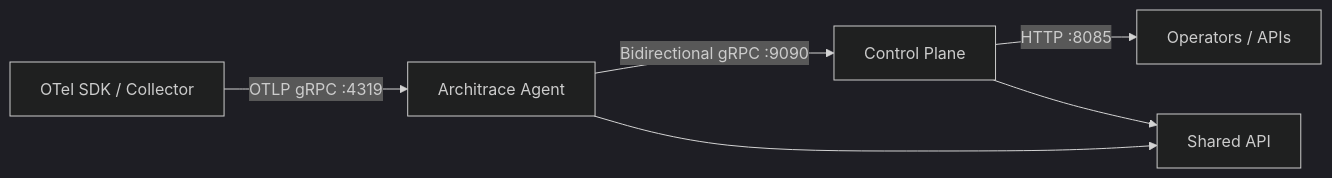
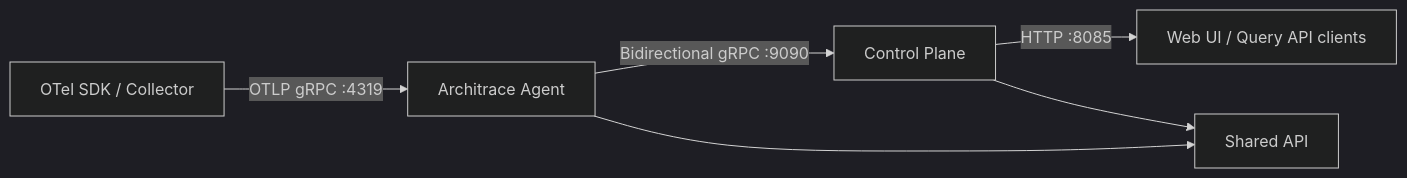
The diagram in README.md (Architrace-Intelligence/Architrace), drawn with Mermaid (dark theme) before and after one commit. The commit also changed other lines of this file and 45 other files, not shown here.

````diff
--- a/README.md
+++ b/README.md
@@ -70,8 +72,8 @@
 ```mermaid
 flowchart LR
   OTel[OTel SDK / Collector] -->|OTLP gRPC :4319| Agent[Architrace Agent]
   Agent -->|Bidirectional gRPC :9090| CP[Control Plane]
-  CP -->|HTTP :8085| Ops[Operators / APIs]
+  CP -->|HTTP :8085| UI[Web UI / Query API clients]
   Agent --> API[Shared API]
   CP --> API
 ```
````
